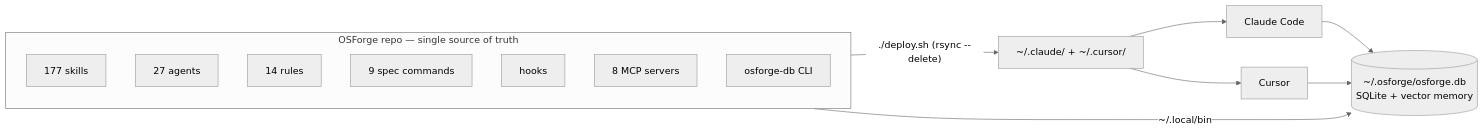
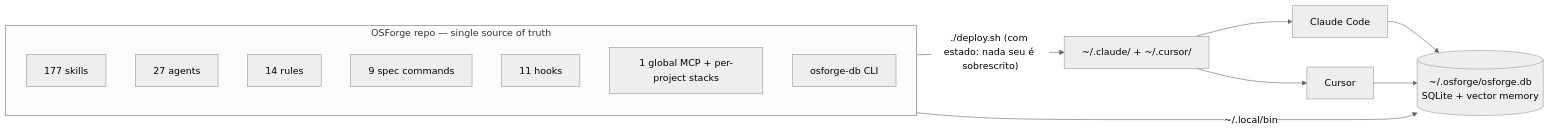
Before and after one commit to plocemourasouza/osforge: the first of 5 diagrams in README.md, drawn with Mermaid (neutral theme). The commit also changed other lines of this file and 5 other files, not shown here.

````diff
--- a/README.md
+++ b/README.md
@@ -76,19 +76,19 @@
 ```mermaid
 flowchart LR
   subgraph REPO["OSForge repo — single source of truth"]
     direction TB
     SK["177 skills"]
     AG["27 agents"]
     RU["14 rules"]
     CM["9 spec commands"]
-    HK["hooks"]
-    MC["8 MCP servers"]
+    HK["11 hooks"]
+    MC["1 global MCP + per-project stacks"]
     DBCLI["osforge-db CLI"]
   end
-  REPO -->|"./deploy.sh (rsync --delete)"| HOME["~/.claude/ + ~/.cursor/"]
+  REPO -->|"./deploy.sh (com estado: nada seu é sobrescrito)"| HOME["~/.claude/ + ~/.cursor/"]
   HOME --> CC["Claude Code"]
   HOME --> CU["Cursor"]
   DBCLI -->|"~/.local/bin"| STATE[("~/.osforge/osforge.db<br/>SQLite + vector memory")]
   CC --> STATE
   CU --> STATE
 ```
````
